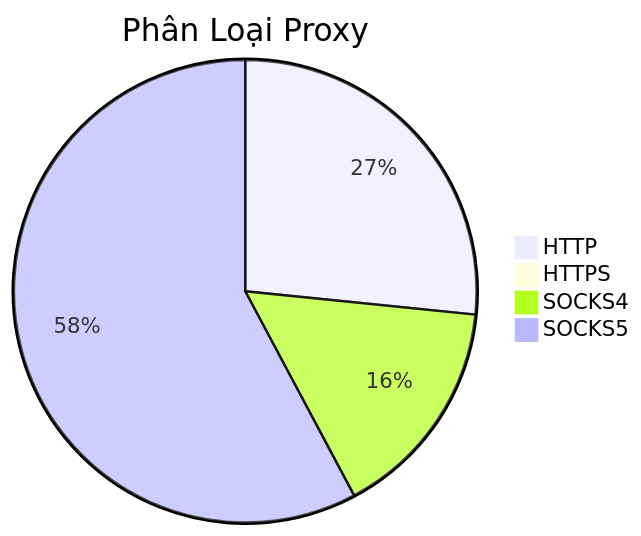
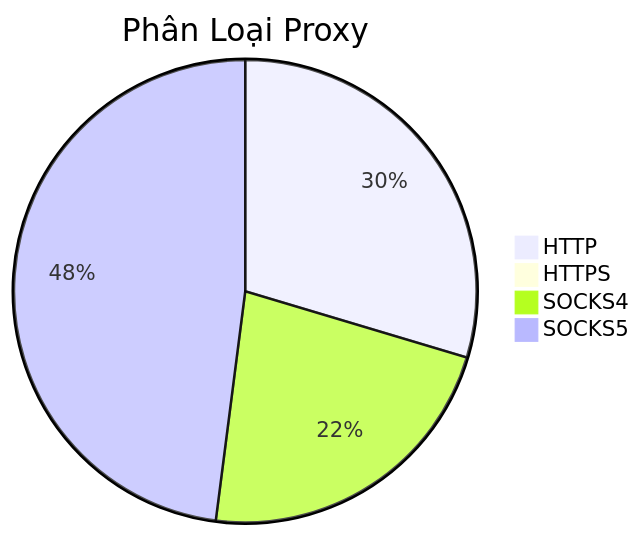
The diagram in README.md (Ciara-12/PROXY-free), drawn with Mermaid before and after one commit. The commit also changed other lines of this file and 4 other files, not shown here.

````diff
--- a/README.md
+++ b/README.md
@@ -26,7 +26,7 @@
 ```mermaid
 pie title Phân Loại Proxy
-    "HTTP" : 611
-    "HTTPS" : 1
-    "SOCKS4" : 358
-    "SOCKS5" : 1327
+    "HTTP" : 604
+    "HTTPS" : 0
+    "SOCKS4" : 457
+    "SOCKS5" : 978
 ```
````
